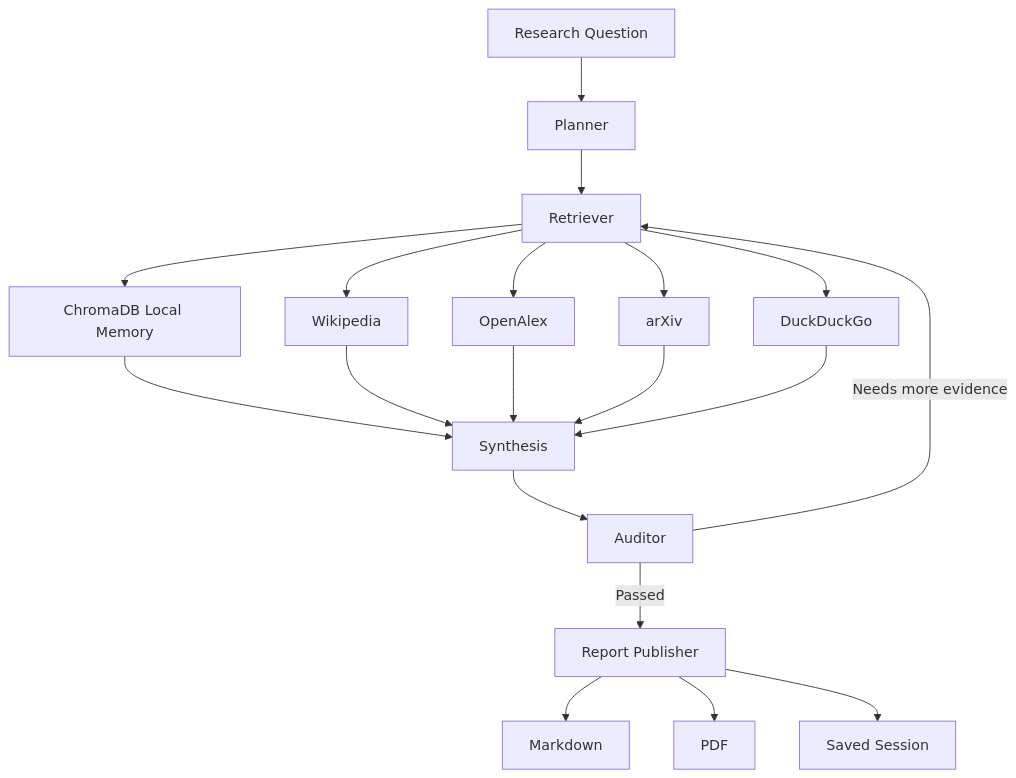
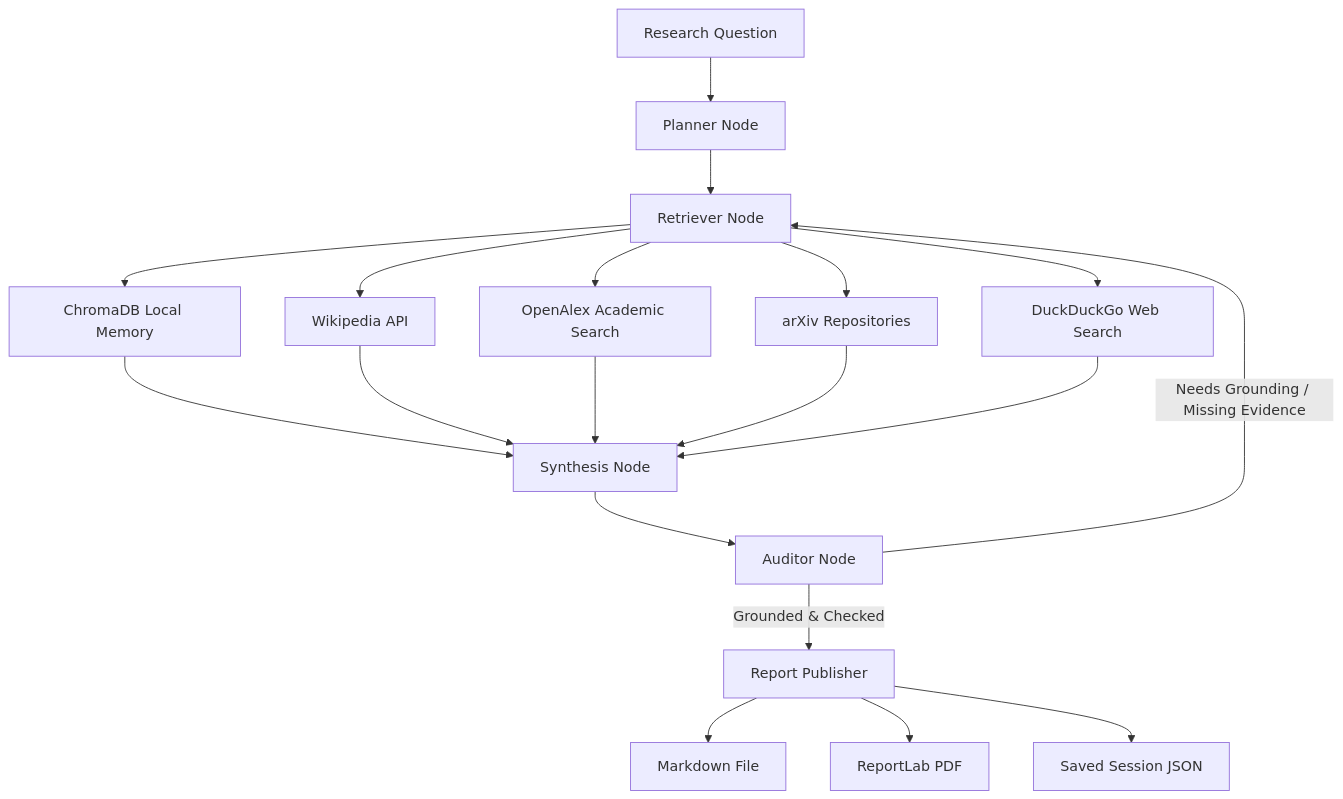
Before and after one commit to SWARAJCHATTARAJ/ARIA: the diagram in README.md, drawn with Mermaid. The commit also changed other lines of this file, not shown here.

````diff
--- a/README.md
+++ b/README.md
@@ -76,25 +50,25 @@
 ```mermaid
 graph TD
-    User[Research Question] --> Planner[Planner]
-    Planner --> Retriever[Retriever]
+    User[Research Question] --> Planner[Planner Node]
+    Planner --> Retriever[Retriever Node]
 
     Retriever --> Local[ChromaDB Local Memory]
-    Retriever --> Wiki[Wikipedia]
-    Retriever --> OpenAlex[OpenAlex]
-    Retriever --> Arxiv[arXiv]
-    Retriever --> DDG[DuckDuckGo]
+    Retriever --> Wiki[Wikipedia API]
+    Retriever --> OpenAlex[OpenAlex Academic Search]
+    Retriever --> Arxiv[arXiv Repositories]
+    Retriever --> DDG[DuckDuckGo Web Search]
 
-    Local --> Synth[Synthesis]
+    Local --> Synth[Synthesis Node]
     Wiki --> Synth
     OpenAlex --> Synth
     Arxiv --> Synth
     DDG --> Synth
 
-    Synth --> Critic[Auditor]
-    Critic -->|Needs more evidence| Retriever
-    Critic -->|Passed| Publisher[Report Publisher]
+    Synth --> Critic[Auditor Node]
+    Critic -->|Needs Grounding / Missing Evidence| Retriever
+    Critic -->|Grounded & Checked| Publisher[Report Publisher]
 
-    Publisher --> Markdown[Markdown]
-    Publisher --> PDF[PDF]
-    Publisher --> History[Saved Session]
+    Publisher --> Markdown[Markdown File]
+    Publisher --> PDF[ReportLab PDF]
+    Publisher --> History[Saved Session JSON]
 ```
````
